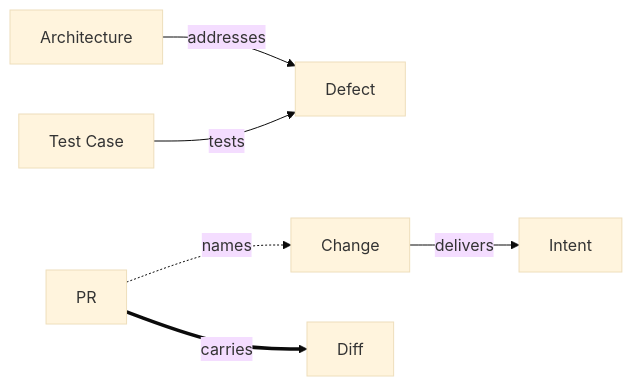
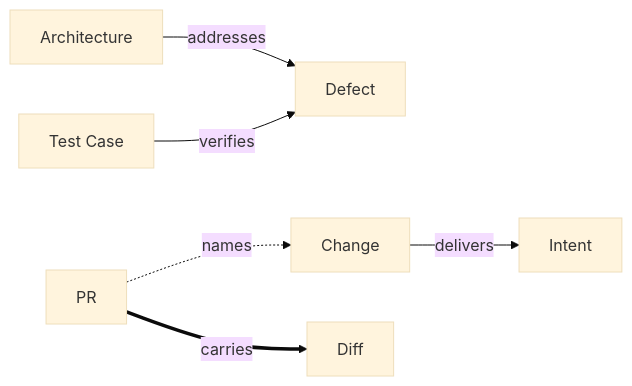
One commit to Kai-Hacks-AI/KAAL changed the diagram in engineering/metamodel/views/hotfix.md. Above: the diagram before and after it, drawn with Mermaid (base theme). The commit also changed other lines of this file and 6 other files, not shown here.

First line of the commit message:
DO: Source fulfills Test Case and Test Case verifies every verifiable object (release/C71)

````diff
--- a/engineering/metamodel/views/hotfix.md
+++ b/engineering/metamodel/views/hotfix.md
@@ -12,8 +12,8 @@
 ```mermaid
 flowchart LR
   Architecture -->|addresses| Defect
-  TestCase["Test Case"] -->|tests| Defect
+  TestCase["Test Case"] -->|verifies| Defect
   Change -->|delivers| Intent
   PR -.->|names| Change
   PR ==>|carries| Diff
 ```
````
